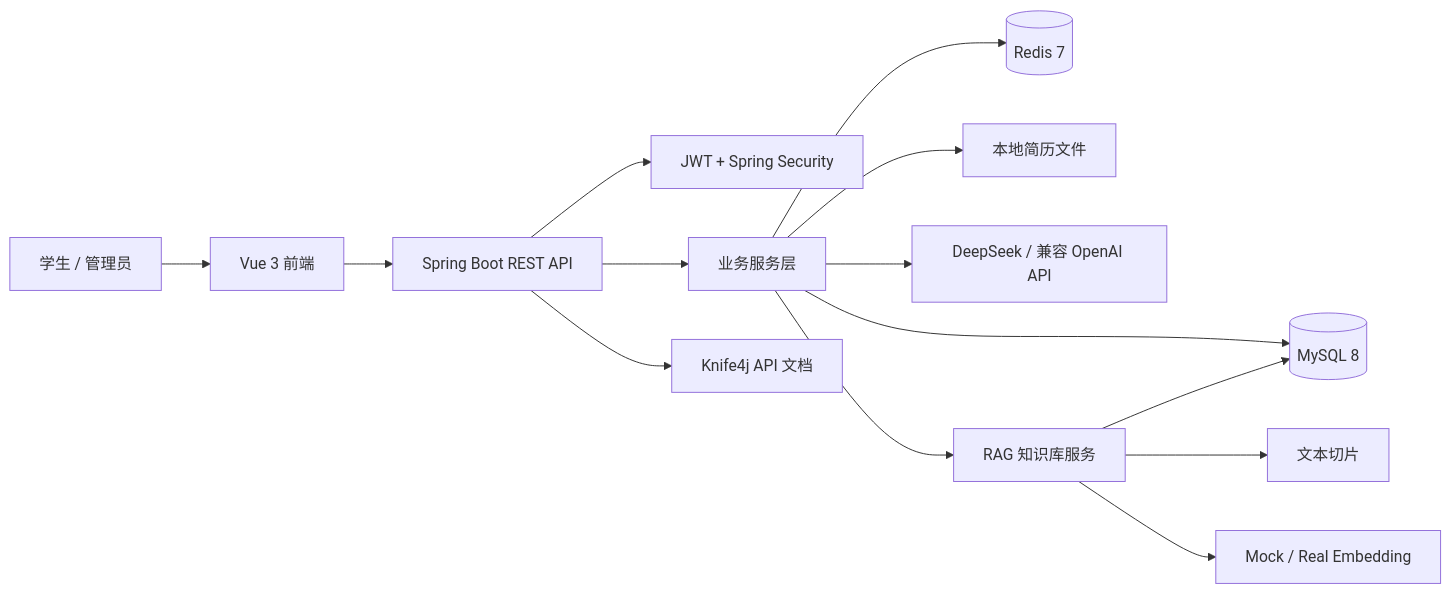
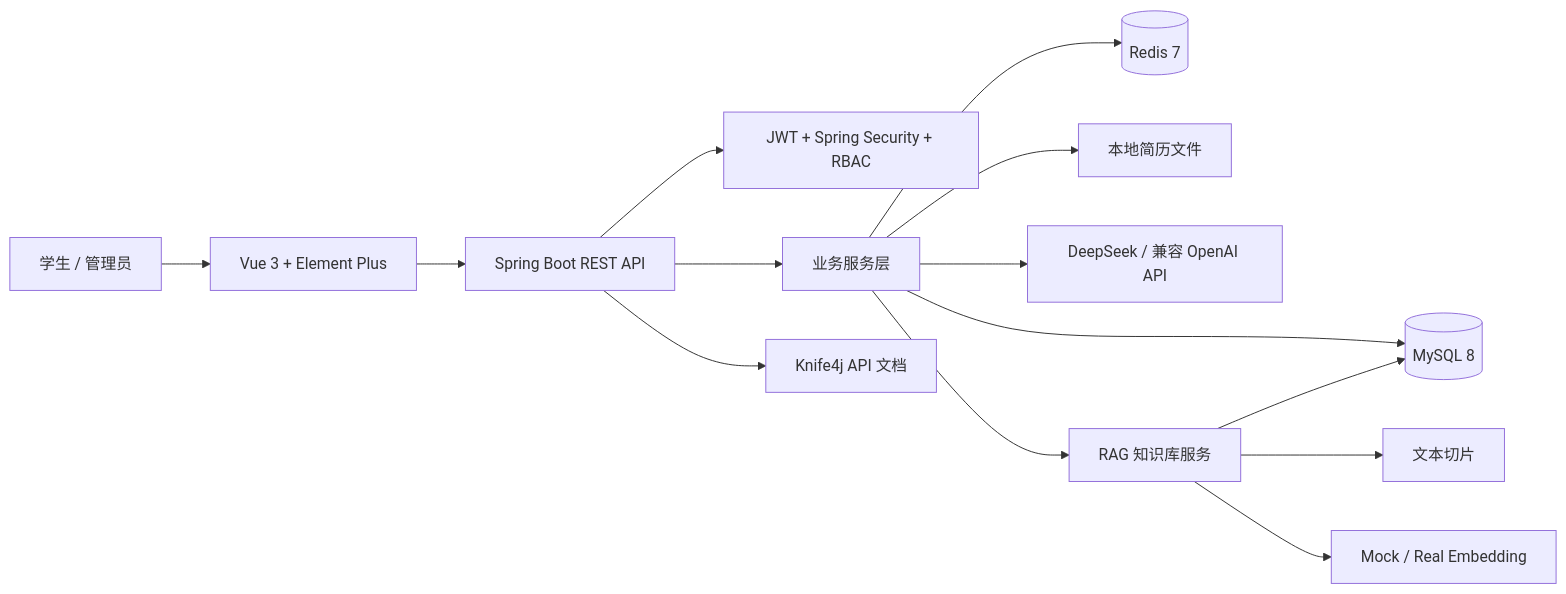
The first of 4 diagrams in README.md (wan719/intern-pilot), drawn with Mermaid before and after one commit. The commit also changed other lines of this file, not shown here.

````diff
--- a/README.md
+++ b/README.md
@@ -87,16 +95,16 @@
 ```mermaid
 flowchart LR
-    User["学生 / 管理员"] --> Web["Vue 3 前端"]
+    User["学生 / 管理员"] --> Web["Vue 3 + Element Plus"]
     Web --> Api["Spring Boot REST API"]
-    Api --> Auth["JWT + Spring Security"]
-    Api --> Biz["业务服务层"]
-    Biz --> MySQL[("MySQL 8")]
-    Biz --> Redis[("Redis 7")]
-    Biz --> FileStore["本地简历文件"]
-    Biz --> AI["DeepSeek / 兼容 OpenAI API"]
-    Biz --> RAG["RAG 知识库服务"]
+    Api --> Security["JWT + Spring Security + RBAC"]
+    Api --> Service["业务服务层"]
+    Service --> MySQL[("MySQL 8")]
+    Service --> Redis[("Redis 7")]
+    Service --> FileStore["本地简历文件"]
+    Service --> AI["DeepSeek / 兼容 OpenAI API"]
+    Service --> RAG["RAG 知识库服务"]
     RAG --> Chunk["文本切片"]
     RAG --> Embedding["Mock / Real Embedding"]
     RAG --> MySQL
-    Api --> Knife4j["Knife4j API 文档"]
+    Api --> Docs["Knife4j API 文档"]
 ```
````
